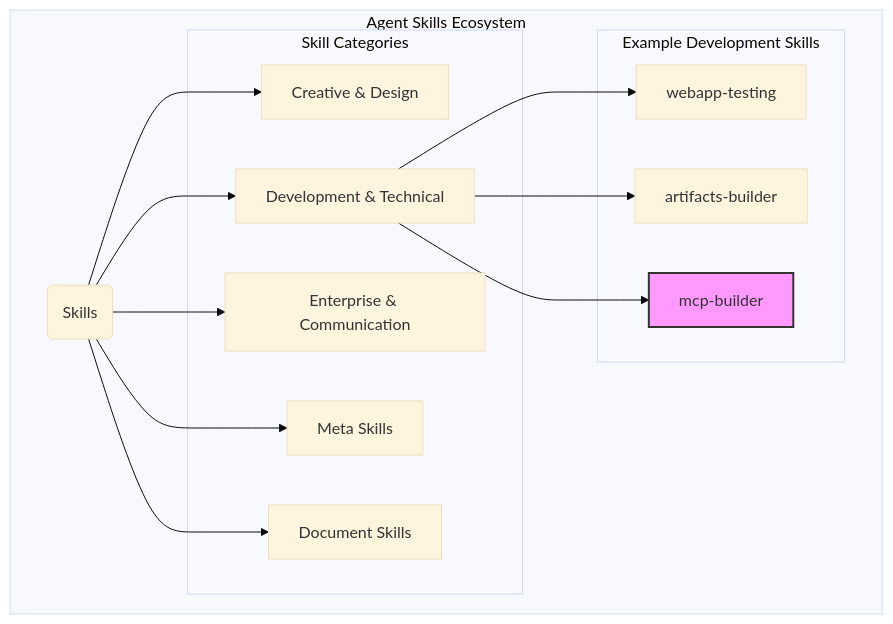
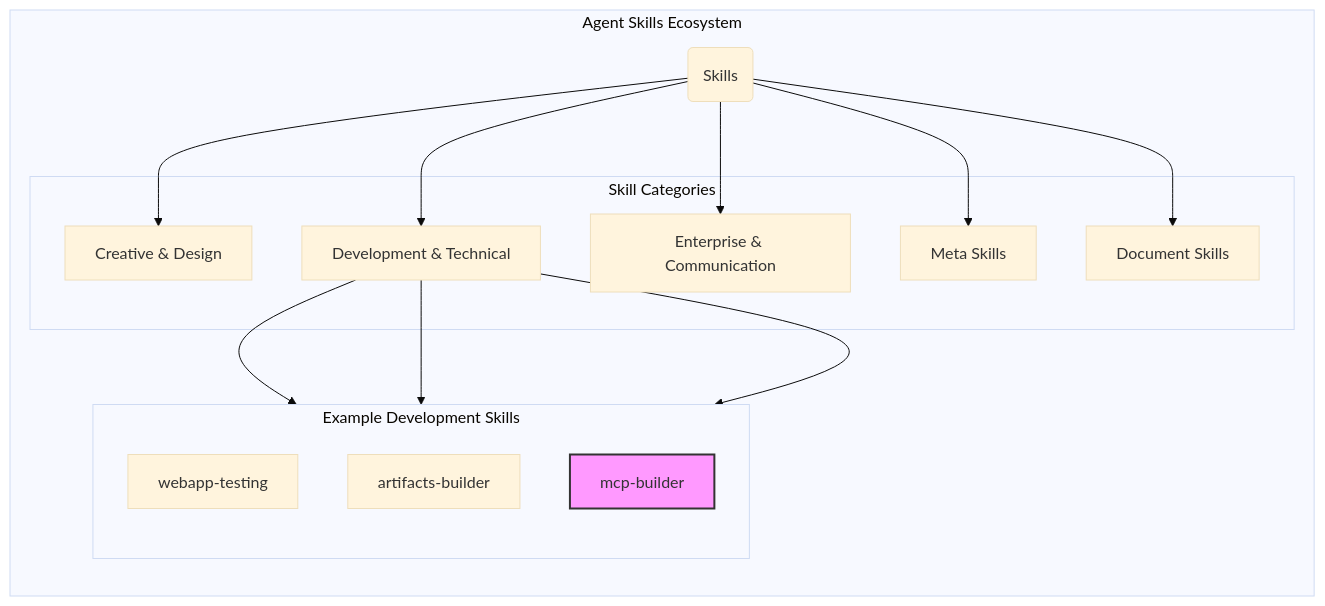
The third of 4 diagrams in content/2025/10/2025-10-20-anthropic-skills.md (maximalfocus/maximalfocus.github.io), drawn with Mermaid (base theme) before and after one commit. The commit also changed other lines of this file, not shown here.

````diff
--- a/content/2025/10/2025-10-20-anthropic-skills.md
+++ b/content/2025/10/2025-10-20-anthropic-skills.md
@@ -63,27 +63,29 @@
 ```mermaid
 graph TD
     subgraph "Agent Skills Ecosystem"
+        direction TB
         A(Skills)
         subgraph "Skill Categories"
             B[Creative & Design]
             C[Development & Technical]
             D[Enterprise & Communication]
             E[Meta Skills]
             F[Document Skills]
         end
 
         A --> B
         A --> C
         A --> D
         A --> E
         A --> F
 
         subgraph "Example Development Skills"
+            direction TB
             C --> G[webapp-testing]
             C --> H[artifacts-builder]
             C --> I[mcp-builder]
         end
     end
 
     style I fill:#f9f,stroke:#333,stroke-width:2px
 ```
````
